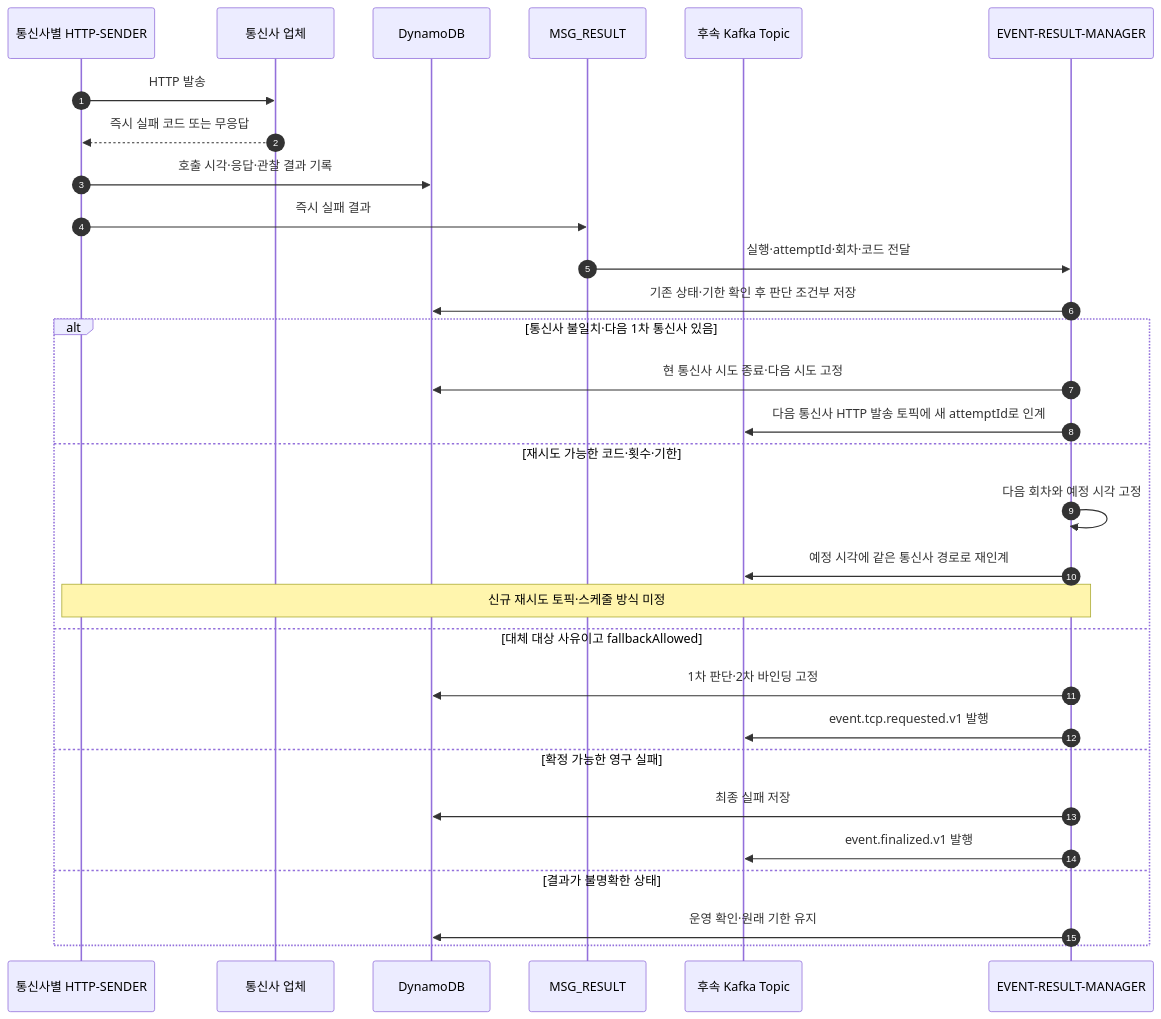
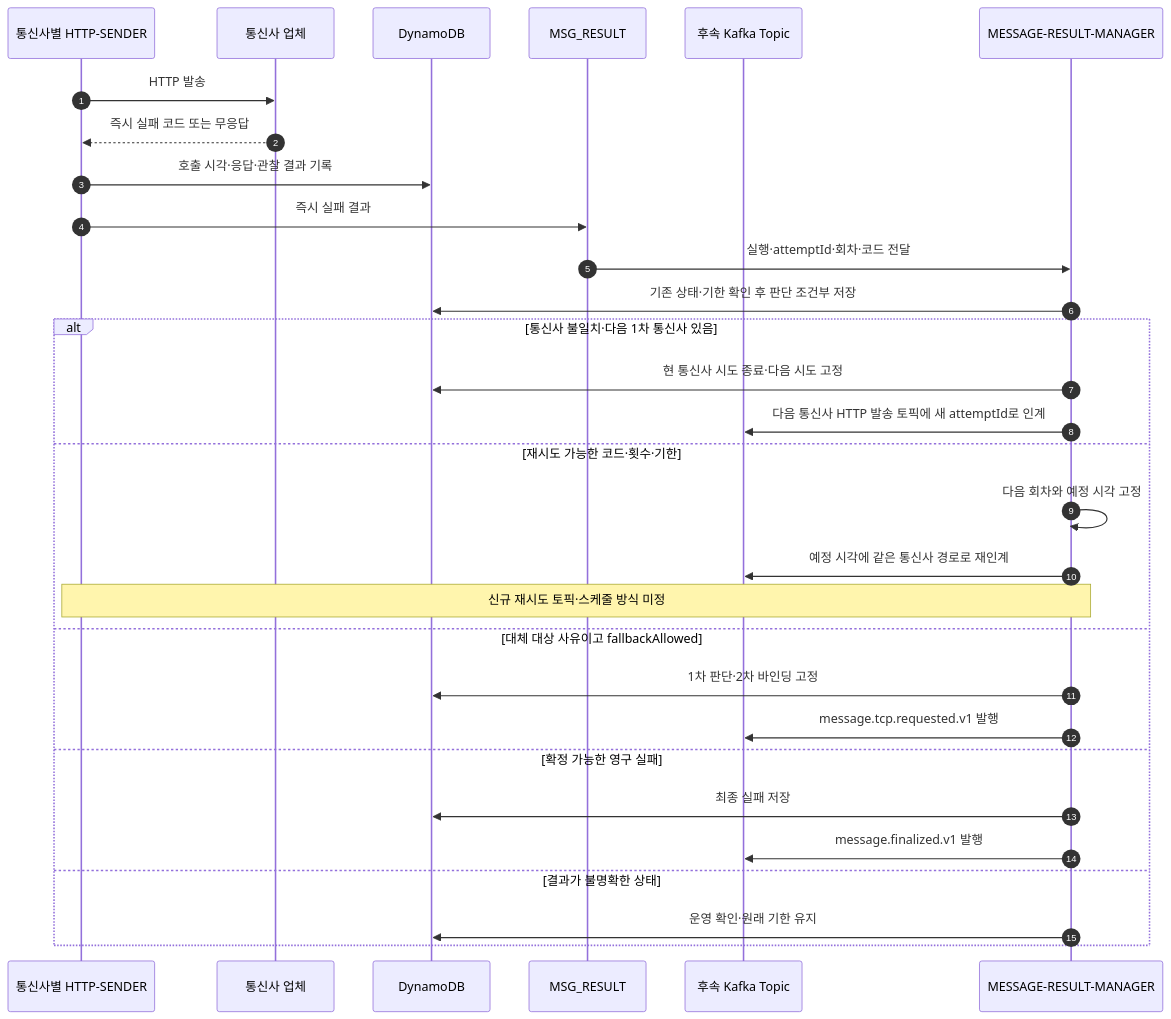
One commit to hyun-seung/High-throughput-event-platform changed the sixth of 10 diagrams in docs/53-신규-메시지-케이스별-Call-Flow.md. Above: the diagram before and after it, drawn with Mermaid. The commit also changed other lines of this file and 16 other files, not shown here.

````diff
--- a/docs/53-신규-메시지-케이스별-Call-Flow.md
+++ b/docs/53-신규-메시지-케이스별-Call-Flow.md
@@ -171,32 +171,32 @@
 ```mermaid
 sequenceDiagram
     autonumber
     participant S as 통신사별 HTTP-SENDER
     participant P as 통신사 업체
     participant D as DynamoDB
     participant K as MSG_RESULT
     participant T as 후속 Kafka Topic
-    participant M as EVENT-RESULT-MANAGER
+    participant M as MESSAGE-RESULT-MANAGER
     S->>P: HTTP 발송
     P-->>S: 즉시 실패 코드 또는 무응답
     S->>D: 호출 시각·응답·관찰 결과 기록
     S->>K: 즉시 실패 결과
     K->>M: 실행·attemptId·회차·코드 전달
     M->>D: 기존 상태·기한 확인 후 판단 조건부 저장
     alt 통신사 불일치·다음 1차 통신사 있음
         M->>D: 현 통신사 시도 종료·다음 시도 고정
         M->>T: 다음 통신사 HTTP 발송 토픽에 새 attemptId로 인계
     else 재시도 가능한 코드·횟수·기한
         M->>M: 다음 회차와 예정 시각 고정
         M->>T: 예정 시각에 같은 통신사 경로로 재인계
         Note over M,S: 신규 재시도 토픽·스케줄 방식 미정
     else 대체 대상 사유이고 fallbackAllowed
         M->>D: 1차 판단·2차 바인딩 고정
-        M->>T: event.tcp.requested.v1 발행
+        M->>T: message.tcp.requested.v1 발행
     else 확정 가능한 영구 실패
         M->>D: 최종 실패 저장
-        M->>T: event.finalized.v1 발행
+        M->>T: message.finalized.v1 발행
     else 결과가 불명확한 상태
         M->>D: 운영 확인·원래 기한 유지
     end
 ```
````
